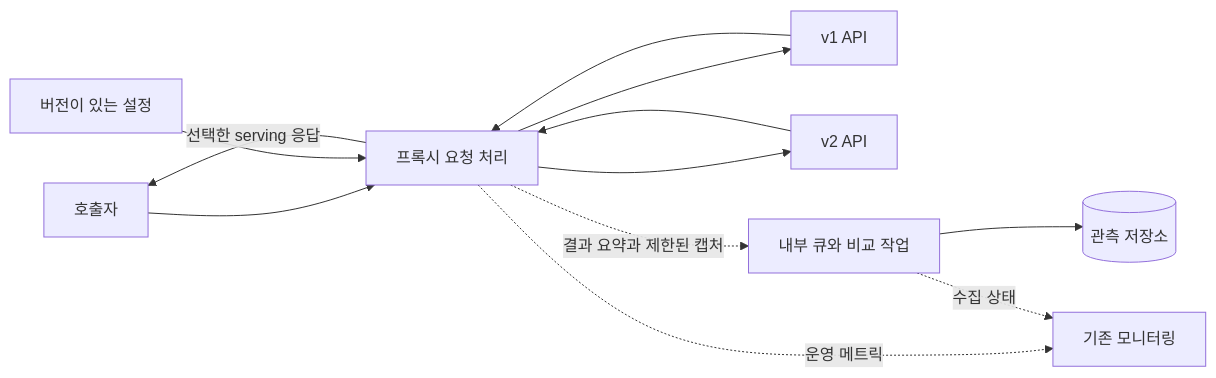
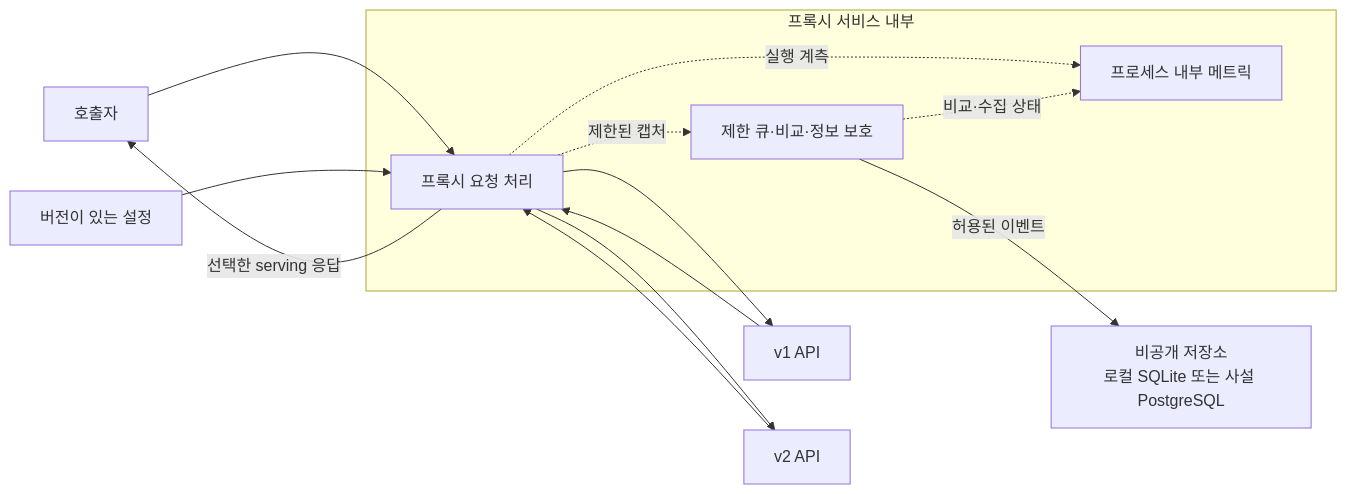
Before and after one commit to kimchanhyung98/api-migration-proxy: the diagram in docs/infrastructure/deployment-and-stack.md, drawn with Mermaid. The commit also changed other lines of this file and 12 other files, not shown here.

````diff
--- a/docs/infrastructure/deployment-and-stack.md
+++ b/docs/infrastructure/deployment-and-stack.md
@@ -27,14 +26,16 @@
 ```mermaid
 flowchart LR
     C[호출자] --> P[프록시 요청 처리]
+    subgraph I[프록시 서비스 내부]
+        P -. 제한된 캡처 .-> Q[제한 큐·비교·정보 보호]
+        P -. 실행 계측 .-> M[프로세스 내부 메트릭]
+        Q -. 비교·수집 상태 .-> M
+    end
     P --> V1[v1 API]
     P --> V2[v2 API]
     V1 --> P
     V2 --> P
     P -->|선택한 serving 응답| C
-    P -. 결과 요약과 제한된 캡처 .-> Q[내부 큐와 비교 작업]
-    Q --> S[(관측 저장소)]
-    P -. 운영 메트릭 .-> M[기존 모니터링]
-    Q -. 수집 상태 .-> M
+    Q -->|허용된 이벤트| S[비공개 저장소<br/>로컬 SQLite 또는 사설 PostgreSQL]
     F[버전이 있는 설정] --> P
 ```
````
